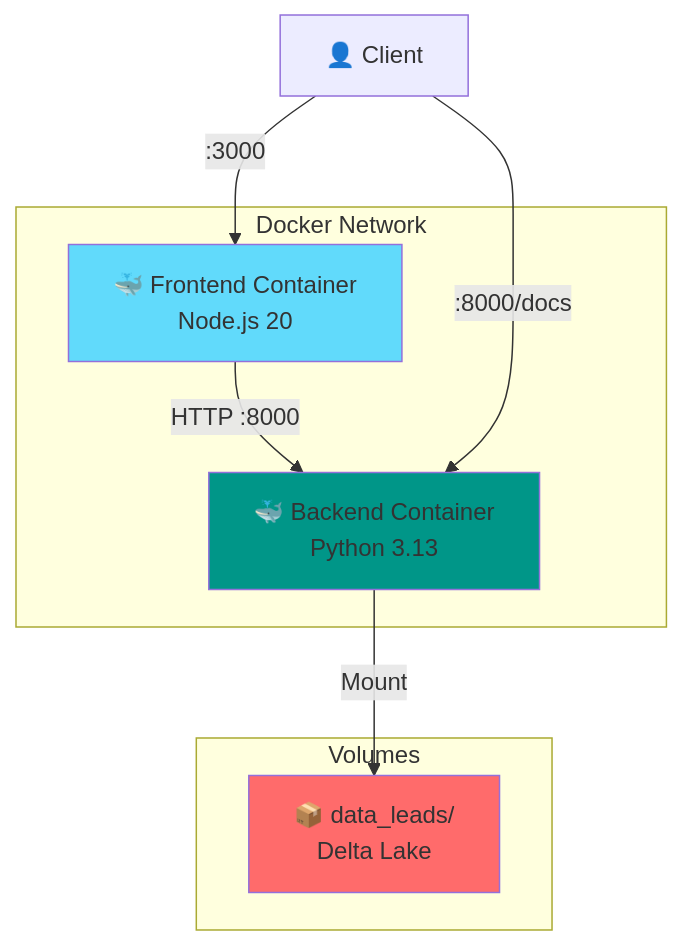
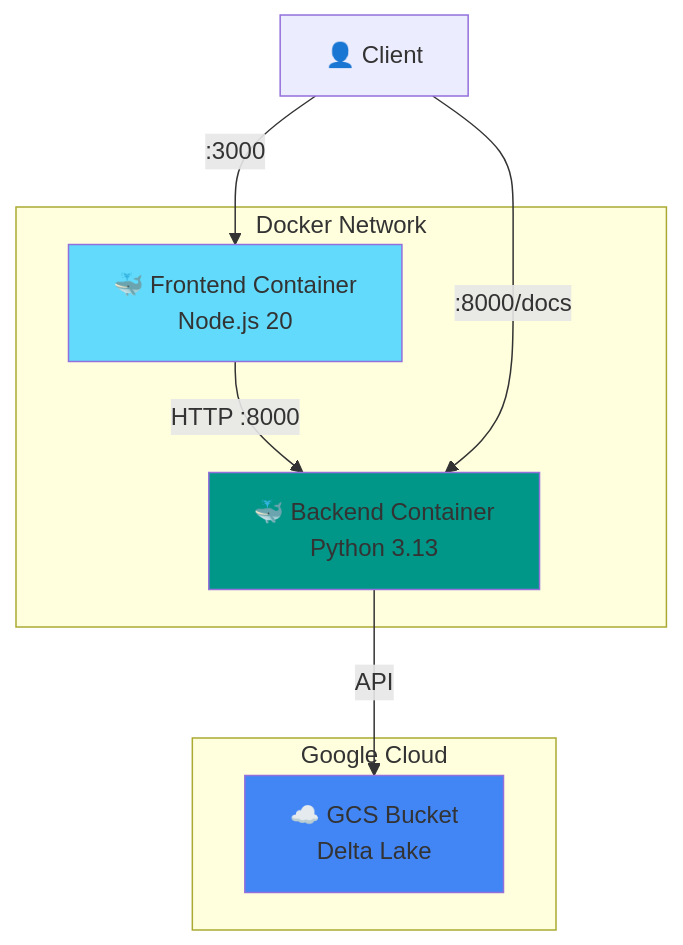
One commit to JonathanNdambaPro/Lead-Analytics-Dashboard changed the fourth of 5 diagrams in docs/architecture.md. Above: the diagram before and after it, drawn with Mermaid. The commit also changed other lines of this file and 4 other files, not shown here.

````diff
--- a/docs/architecture.md
+++ b/docs/architecture.md
@@ -222,21 +227,21 @@
 ```mermaid
 graph TB
     subgraph "Docker Network"
         Backend[🐳 Backend Container<br/>Python 3.13]
         Frontend[🐳 Frontend Container<br/>Node.js 20]
     end
 
-    subgraph "Volumes"
-        Data[📦 data_leads/<br/>Delta Lake]
+    subgraph "Google Cloud"
+        GCS[☁️ GCS Bucket<br/>Delta Lake]
     end
 
     Frontend -->|HTTP :8000| Backend
-    Backend -->|Mount| Data
+    Backend -->|API| GCS
 
     User[👤 Client] -->|:3000| Frontend
     User -->|:8000/docs| Backend
 
     style Backend fill:#009688
     style Frontend fill:#61dafb
-    style Data fill:#ff6b6b
+    style GCS fill:#4285f4
 ```
````
